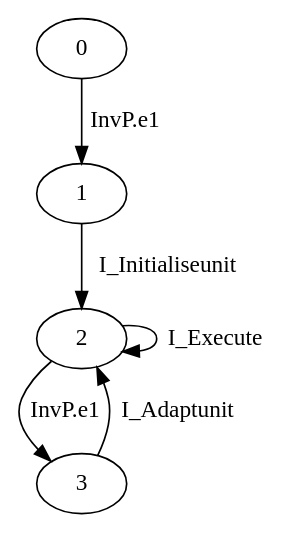
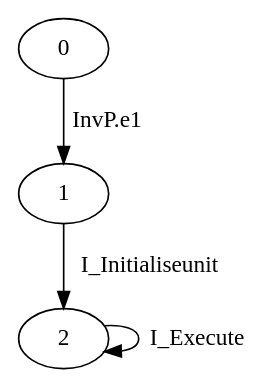
The diagram in src/gmidarch/development/repositories/dot/Unit.dot (gfads/midarch), drawn with Graphviz before and after one commit. The commit also changed 12 other files, not shown here.

```diff
--- a/src/gmidarch/development/repositories/dot/Unit.dot
+++ b/src/gmidarch/development/repositories/dot/Unit.dot
@@ -1,7 +1,5 @@
 digraph G {
   0 -> 1 [ label="InvP.e1" ];
   1 -> 2 [ label="I_Initialiseunit" ];
-  2 -> 3 [ label="InvP.e1" ];
   2 -> 2 [ label="I_Execute" ];
-  3 -> 2 [ label="I_Adaptunit" ];
 }
```
